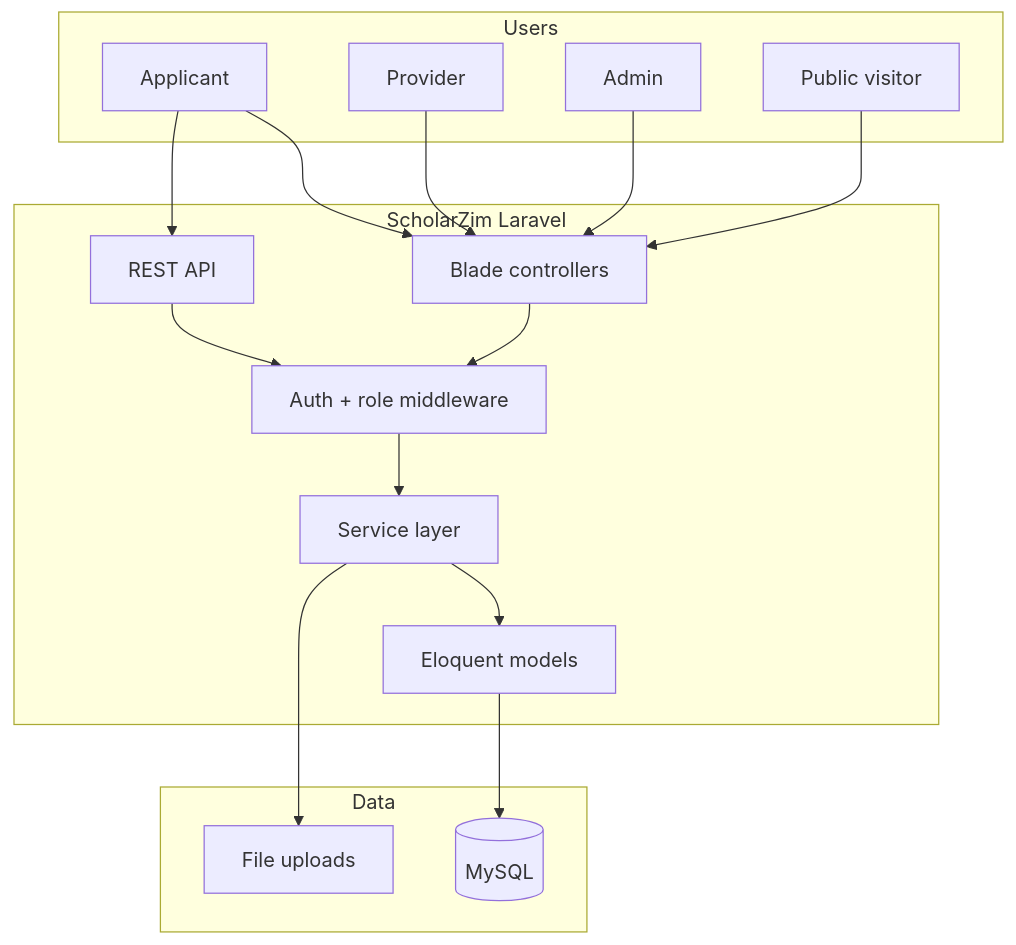
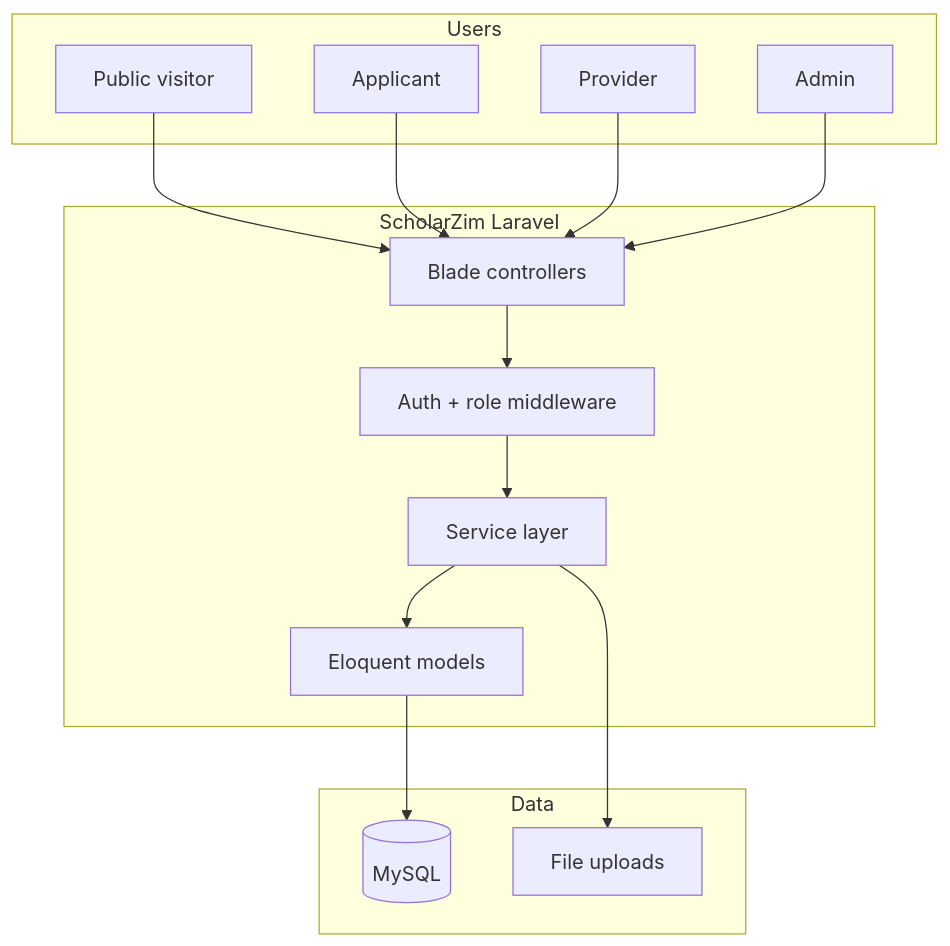
Before and after one commit to Tindo-cyber/ScholarZim: the first of 3 diagrams in docs/architecture.md, drawn with Mermaid. The commit also changed other lines of this file and 4 other files, not shown here.

````diff
--- a/docs/architecture.md
+++ b/docs/architecture.md
@@ -7,28 +7,25 @@
 ```mermaid
 flowchart TB
     subgraph users [Users]
         Applicant[Applicant]
         Provider[Provider]
         Admin[Admin]
         Public[Public visitor]
     end
     subgraph app [ScholarZim Laravel]
         MVC[Blade controllers]
-        API[REST API]
         Security[Auth + role middleware]
         Services[Service layer]
         Repos[Eloquent models]
     end
     subgraph data [Data]
         MySQL[(MySQL)]
         Uploads[File uploads]
     end
     Public --> MVC
     Applicant --> MVC
     Provider --> MVC
     Admin --> MVC
-    Applicant --> API
     MVC --> Security --> Services --> Repos --> MySQL
-    API --> Security
     Services --> Uploads
 ```
````
